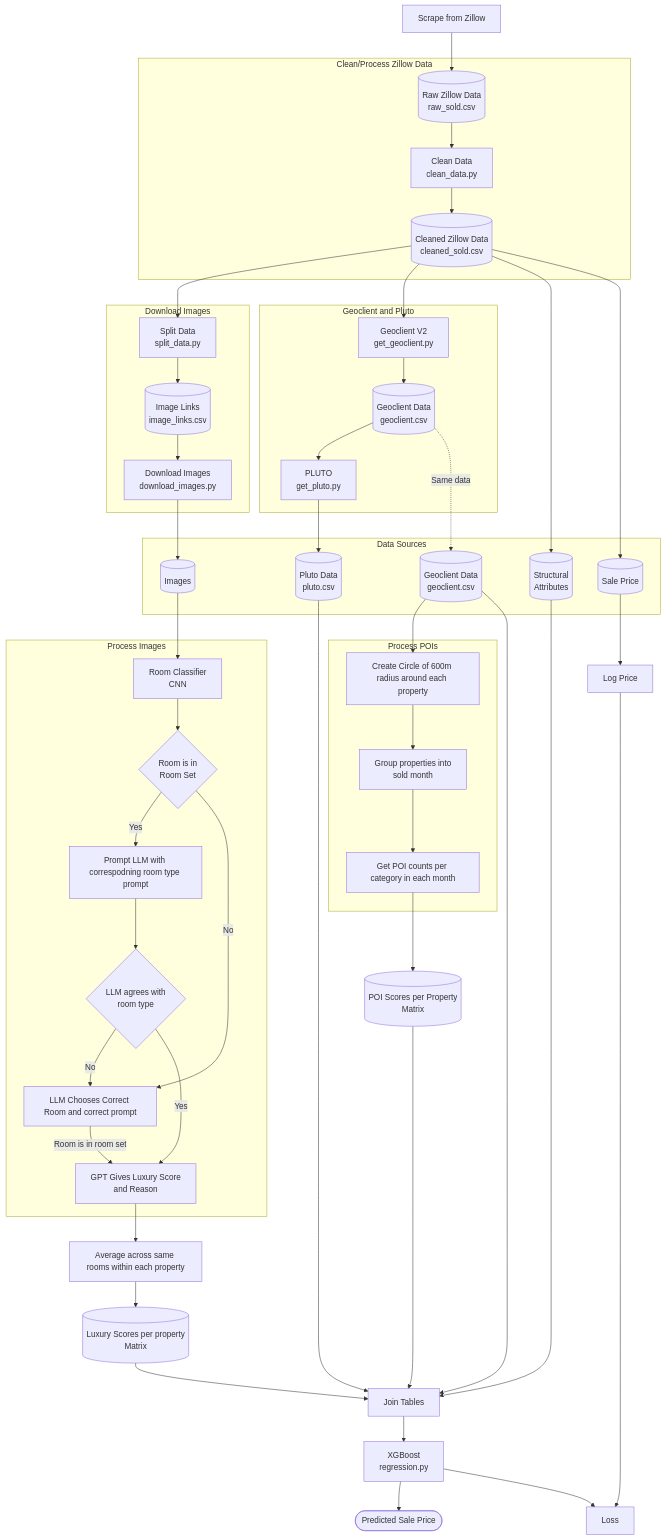
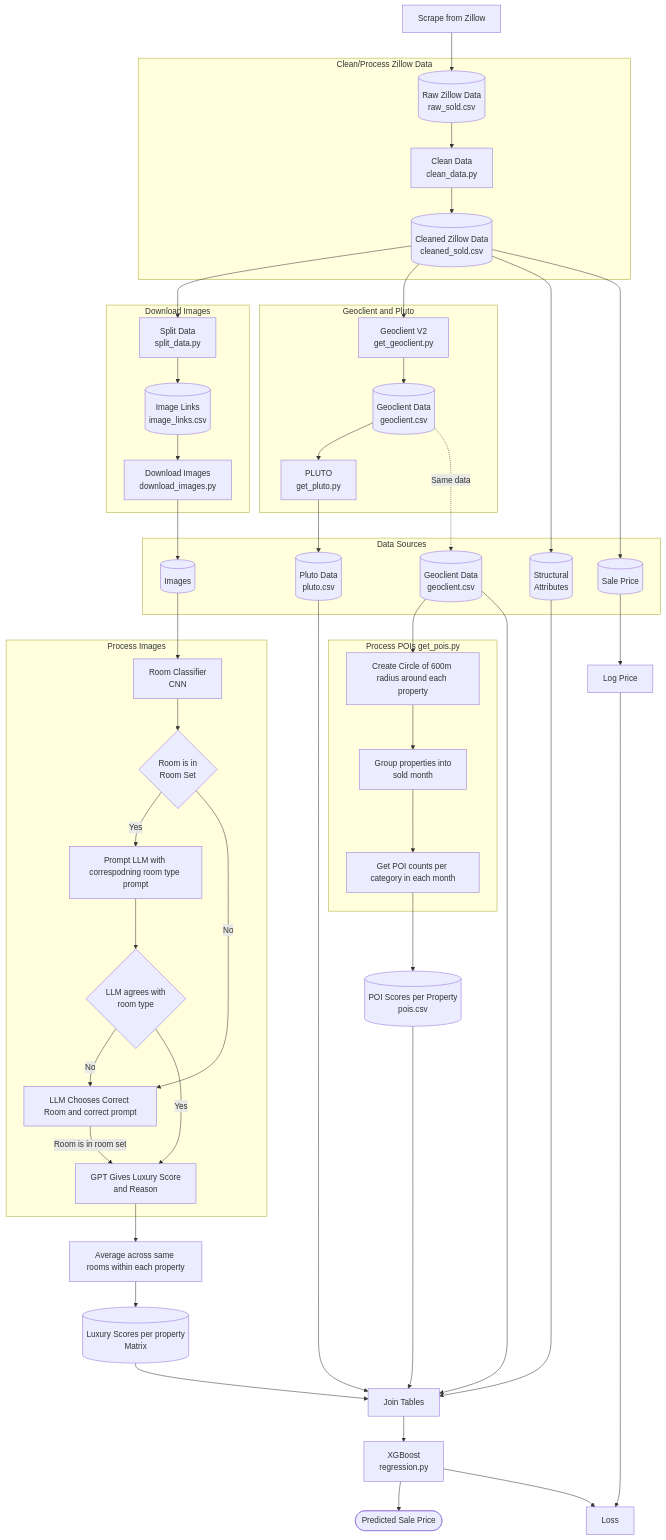
The diagram in pipeline.md (skywat1/CompEdge), drawn with Mermaid before and after one commit. The commit also changed 4 other files, not shown here.

````diff
--- a/pipeline.md
+++ b/pipeline.md
@@ -1,77 +1,77 @@
 ```mermaid
 flowchart TD
 
     SCRAPE[Scrape from Zillow]
 
     subgraph CLEAN_ZILLOW[Clean/Process Zillow Data]
         ZRAW[(Raw Zillow Data <br/> raw_sold.csv)]
         ZRAW --> ZCLEAN[Clean Data <br/> clean_data.py]
         ZCLEAN --> ZCLEANED[(Cleaned Zillow Data <br/> cleaned_sold.csv)]
     end
 
     subgraph DOWNLOAD_IMAGES_GRAPH[Download Images]
         ZCLEANED --> SPLIT[Split Data <br/> split_data.py]
         SPLIT --> IMAGE_LINKS[(Image Links <br/> image_links.csv)]
         IMAGE_LINKS --> DOWNLOAD_IMAGES[Download Images <br/> download_images.py]
     end
 
     SCRAPE --> ZRAW
     DOWNLOAD_IMAGES --> IMAGES
 
     subgraph GEOCLIENT_PLUTO[Geoclient and Pluto]
         ZCLEANED --> GEOCLIENT[Geoclient V2 <br/> get_geoclient.py]
         GEOCLIENT --> GEOCLIENT_DATA_SRC[(Geoclient Data <br/> geoclient.csv)]
         GEOCLIENT_DATA_SRC -->  PLUTO[PLUTO <br/> get_pluto.py]
     end
 
     GEOCLIENT_DATA_SRC -.-> |Same data| GEOCLIENT_DATA
     PLUTO --> PLUTO_DATA
 
     subgraph DATA_SRC[Data Sources]
         STRUCT_ATTR[(Structural<br/>Attributes)]
         IMAGES[(Images)]
         PRICE[(Sale Price)]
         GEOCLIENT_DATA[(Geoclient Data <br/> geoclient.csv)]
         PLUTO_DATA[(Pluto Data <br/> pluto.csv)]
     end
 
     ZCLEANED --> STRUCT_ATTR
     ZCLEANED --> PRICE
 
     IMAGES --> ROOM_CNN
 
     subgraph IMAGES_PROC[Process Images]
         ROOM_CNN[Room Classifier <br/> CNN]
         ROOM_CNN --> IN_ROOM_SET{Room is in <br/> Room Set}
         IN_ROOM_SET --> |Yes| LLM_IMG_PROMPT[Prompt LLM with correspodning room type prompt]
         IN_ROOM_SET --> |No| LLM_CHOOSE_ROOM
         LLM_IMG_PROMPT --> LLM_AGREES{LLM agrees with <br/> room type}
         LLM_AGREES --> |No| LLM_CHOOSE_ROOM[LLM Chooses Correct Room and correct prompt]
         LLM_AGREES --> |Yes| LLM_SCORE[GPT Gives Luxury Score <br/> and Reason]
         LLM_CHOOSE_ROOM --> |Room is in room set| LLM_SCORE
     end
 
     LLM_SCORE --> AGGR_PHOTOS[Average across same rooms within each property]
     AGGR_PHOTOS --> IMG_MATRIX[(Luxury Scores per property<br/>Matrix)]
 
-    subgraph POI_PROC[Process POIs]
+    subgraph POI_PROC[Process POIs get_pois.py]
         GEOCLIENT_DATA --> CREATE_CIRCLES[Create Circle of 600m radius around each property]
         CREATE_CIRCLES --> POI_DATE_AGGR[Group properties into <br/> sold month]
         POI_DATE_AGGR --> OHSOME[Get POI counts per category in each month]
     end
 
-    OHSOME --> POI_MATRIX[(POI Scores per Property <br/> Matrix)]
+    OHSOME --> POI_MATRIX[(POI Scores per Property <br/> pois.csv)]
 
     JOIN_TABLES[Join Tables]
     STRUCT_ATTR --> JOIN_TABLES
     IMG_MATRIX --> JOIN_TABLES
     POI_MATRIX --> JOIN_TABLES
     PLUTO_DATA --> JOIN_TABLES
     GEOCLIENT_DATA --> JOIN_TABLES
 
     JOIN_TABLES --> XGBOOST[XGBoost <br/> regression.py]
     XGBOOST --> PRICE_PRED([Predicted Sale Price])
     XGBOOST --> LOSS[Loss]
     PRICE --> LOG_PRICE[Log Price]
     LOG_PRICE --> LOSS
 ```
````
